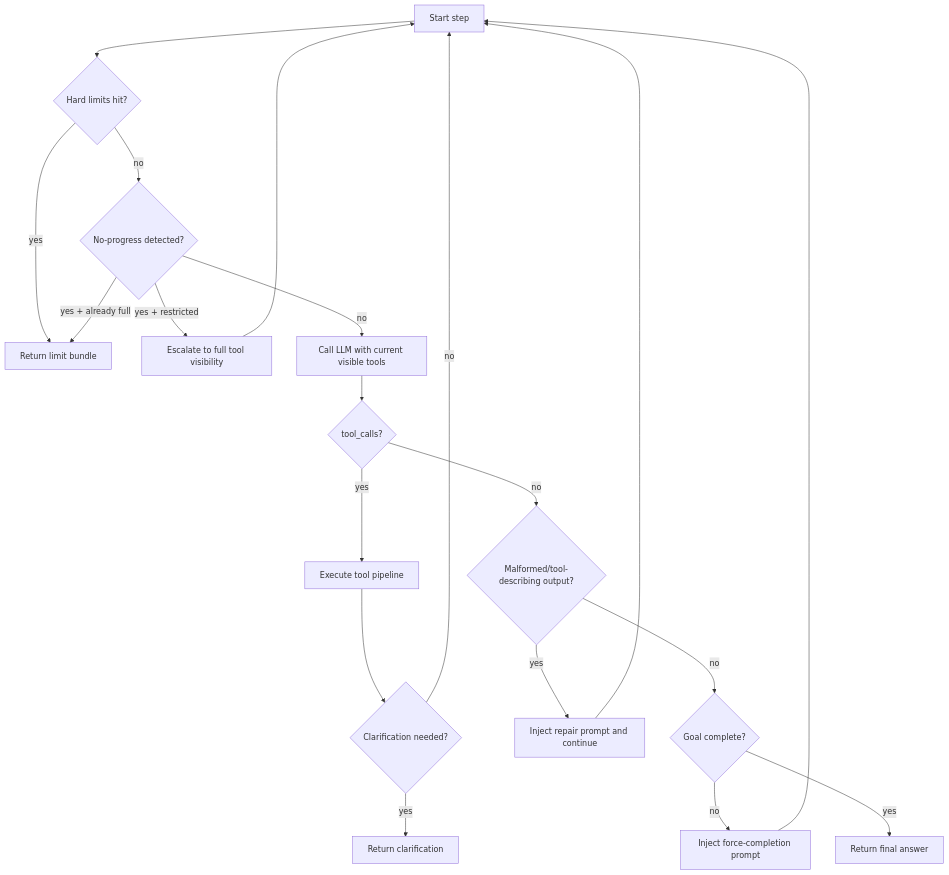
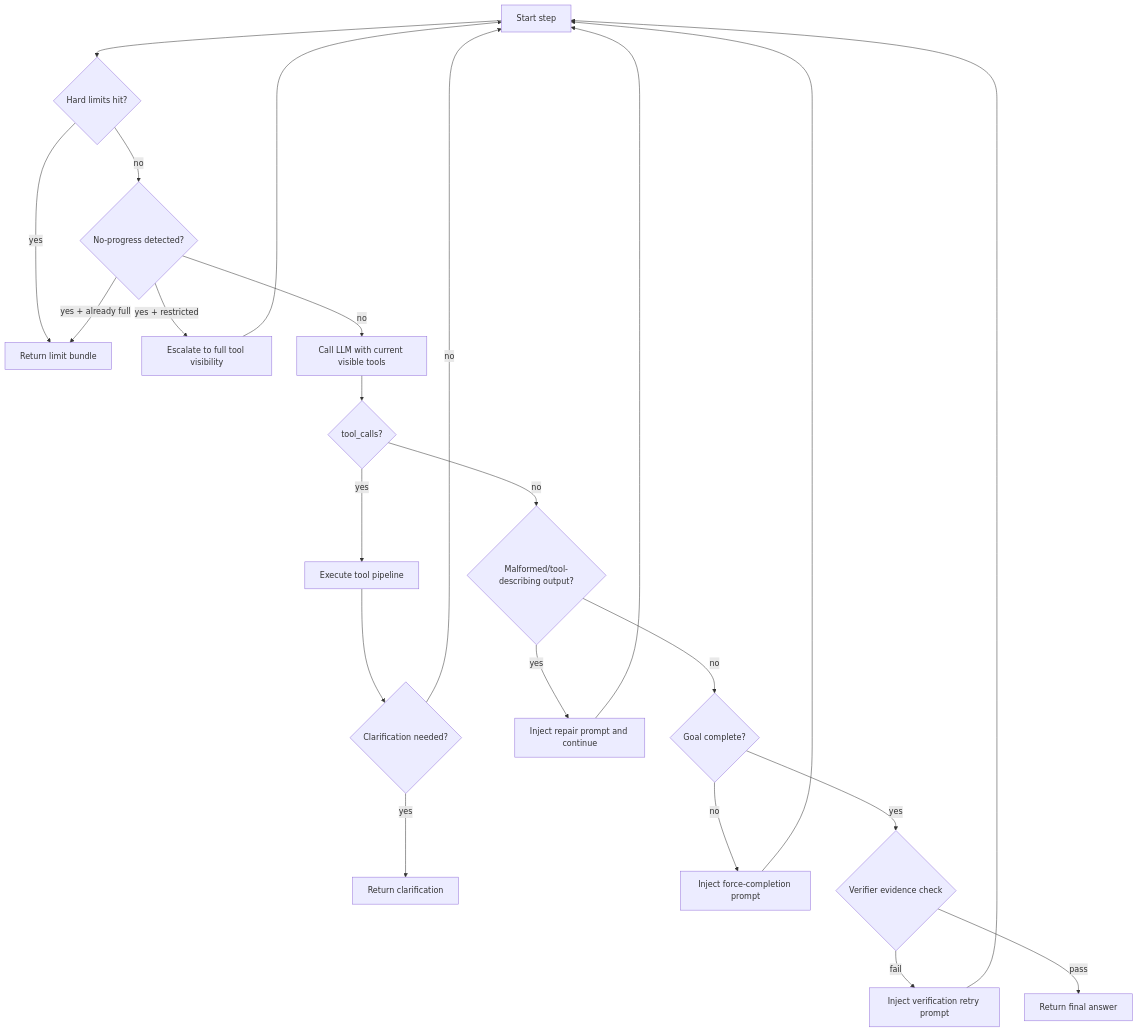
The second of 3 diagrams in backend/orchestrator/docs/architecture/MAIN_AGENT_FLOW.md (githubdoramon/digital-brain), drawn with Mermaid before and after one commit. The commit also changed other lines of this file and 17 other files, not shown here.

````diff
--- a/backend/orchestrator/docs/architecture/MAIN_AGENT_FLOW.md
+++ b/backend/orchestrator/docs/architecture/MAIN_AGENT_FLOW.md
@@ -25,22 +25,25 @@
 ```mermaid
 flowchart TD
   A[Start step] --> B{Hard limits hit?}
   B -->|yes| Z[Return limit bundle]
   B -->|no| C{No-progress detected?}
   C -->|yes + restricted| D[Escalate to full tool visibility]
   D --> A
   C -->|yes + already full| Z
   C -->|no| E[Call LLM with current visible tools]
   E --> F{tool_calls?}
   F -->|yes| G[Execute tool pipeline]
   G --> H{Clarification needed?}
   H -->|yes| I[Return clarification]
   H -->|no| A
   F -->|no| J{Malformed/tool-describing output?}
   J -->|yes| K[Inject repair prompt and continue]
   K --> A
   J -->|no| L{Goal complete?}
   L -->|no| M[Inject force-completion prompt]
   M --> A
-  L -->|yes| N[Return final answer]
+  L -->|yes| V{Verifier evidence check}
+  V -->|fail| W[Inject verification retry prompt]
+  W --> A
+  V -->|pass| N[Return final answer]
 ```
````
